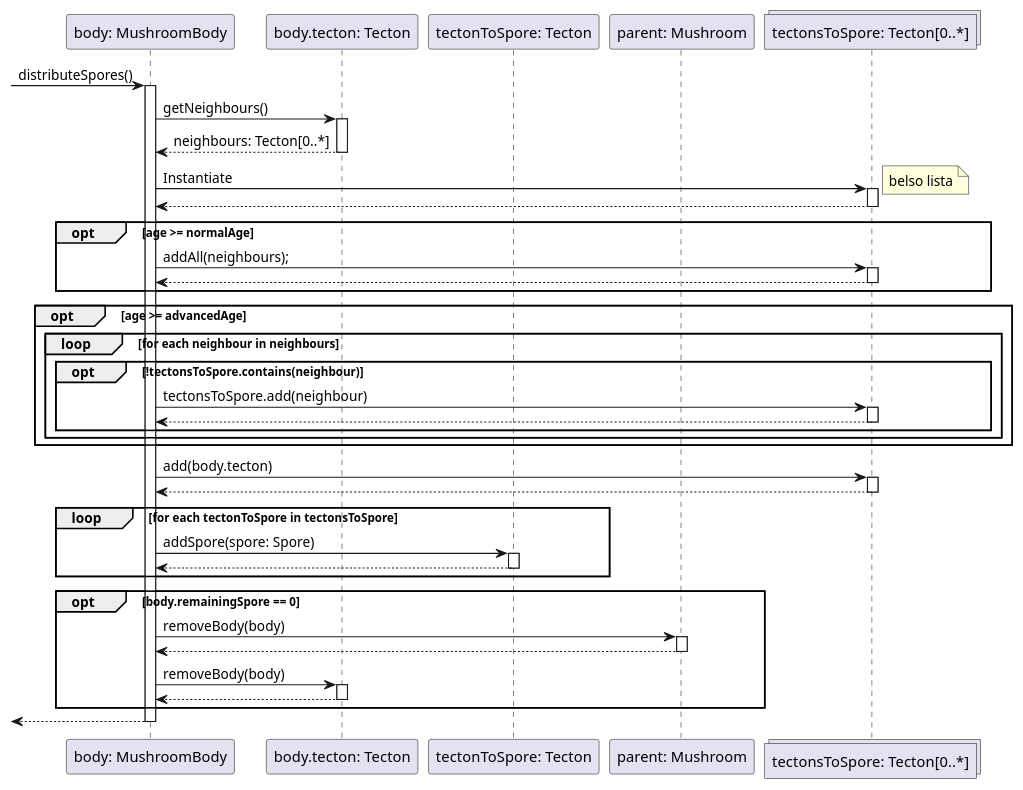
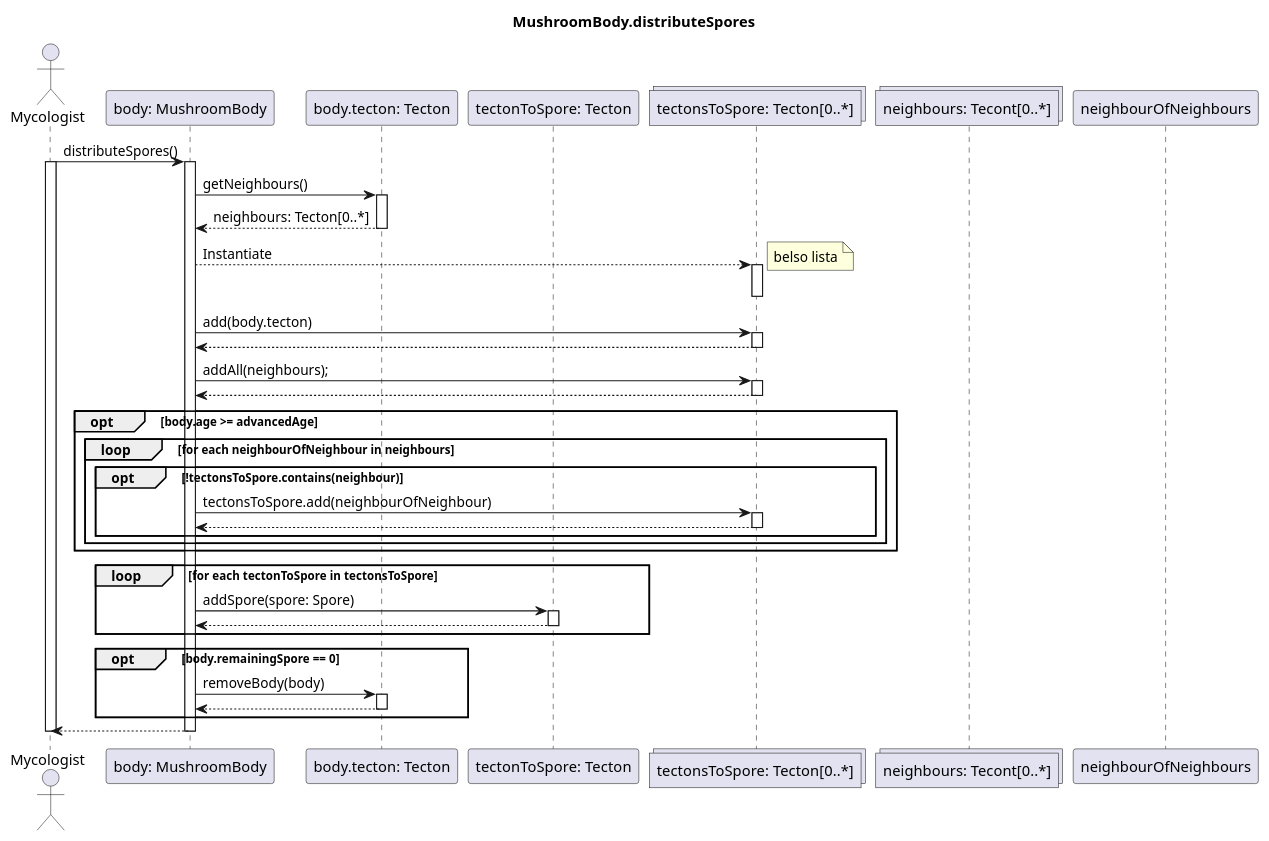
The diagram in diagrams/sequence/mushroom/mushroom_body/distributeSpore.wsd (dzsem/projlab), drawn with PlantUML before and after one commit. The commit also changed 1 other file, not shown here.

Commit message:
Fixed mushroom_body related sequence diagrams

```diff
--- a/diagrams/sequence/mushroom/mushroom_body/distributeSpore.wsd
+++ b/diagrams/sequence/mushroom/mushroom_body/distributeSpore.wsd
@@ -1,68 +1,69 @@
 @startuml DistributeSpore
+title MushroomBody.distributeSpores
+
+actor "Mycologist" as mycologist
 participant "body: MushroomBody" as body
 participant "body.tecton: Tecton" as tecton
 participant "tectonToSpore: Tecton" as tectonToSpore
-participant "parent: Mushroom" as parent
 collections "tectonsToSpore: Tecton[0..*]" as tectons 
 
--> body : distributeSpores()
+collections "neighbours: Tecont[0..*]"
+participant "neighbourOfNeighbours"
+
+mycologist -> body : distributeSpores()
+activate mycologist
 activate body
 
 body -> tecton : getNeighbours()
 
 activate tecton
 tecton --> body : neighbours: Tecton[0..*]
 deactivate tecton
 
-body -> tectons: Instantiate
+body --> tectons: Instantiate
 note right: belso lista
 activate tectons
-tectons --> body
 deactivate tectons
 
-    opt age >= normalAge
-        body -> tectons: addAll(neighbours);
-        activate tectons
-        tectons --> body
-        deactivate tectons
-    end 
+    
+    body -> tectons: add(body.tecton)
+    activate tectons
+    tectons --> body
+    deactivate tectons
+    
+    body -> tectons: addAll(neighbours);
+    activate tectons
+    tectons --> body
+    deactivate tectons
 
-    opt age >= advancedAge
-        loop for each neighbour in neighbours
+    opt body.age >= advancedAge
+        loop for each neighbourOfNeighbour in neighbours
             opt !tectonsToSpore.contains(neighbour)
-                body -> tectons: tectonsToSpore.add(neighbour)
+                body -> tectons: tectonsToSpore.add(neighbourOfNeighbour)
                 activate tectons
                 tectons --> body
                 deactivate tectons
             end
         end
     end
-
-    body -> tectons: add(body.tecton)
-    activate tectons
-    tectons --> body
-    deactivate tectons
 
     loop for each tectonToSpore in tectonsToSpore
         body -> tectonToSpore : addSpore(spore: Spore)
         activate tectonToSpore
         tectonToSpore --> body 
         deactivate tectonToSpore
 
     end
 
     opt body.remainingSpore == 0
-        body -> parent : removeBody(body)
-        activate parent
-        parent --> body
-        deactivate parent
         body -> tecton : removeBody(body)
         activate tecton
         tecton --> body
         deactivate tecton
     end
 
-<-- body
+mycologist <-- body
 deactivate body
+deactivate mycologist
 
 @enduml
```
